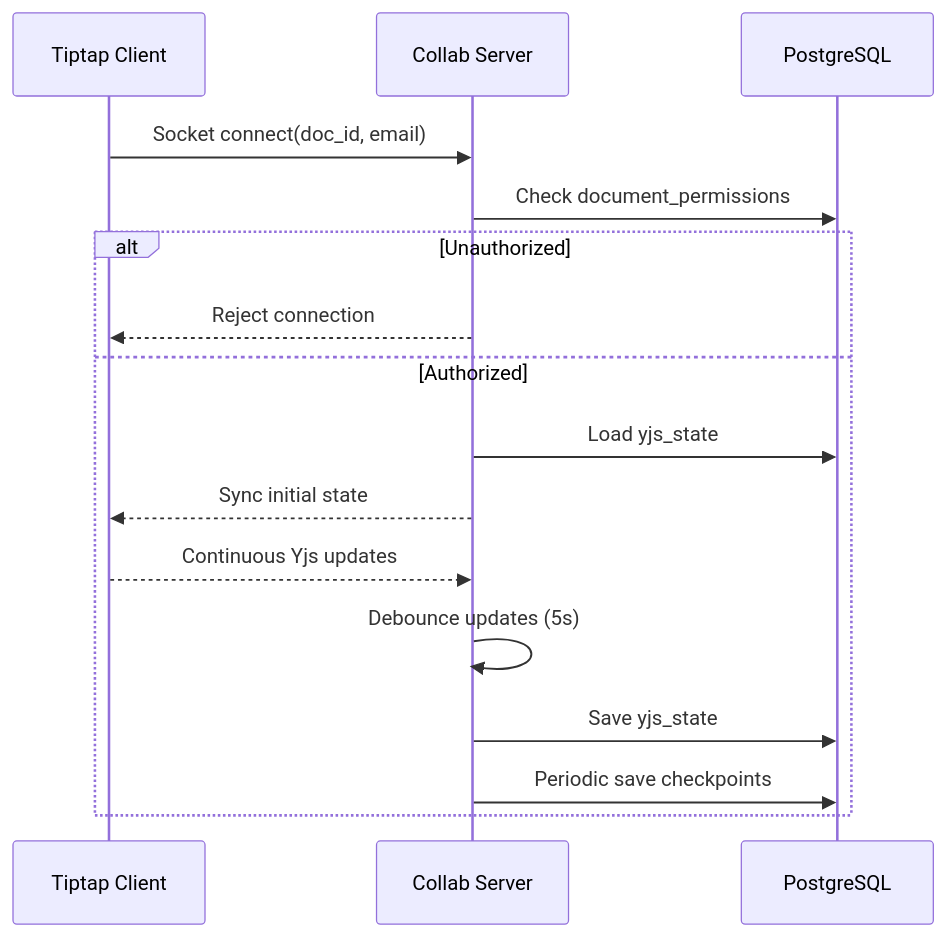
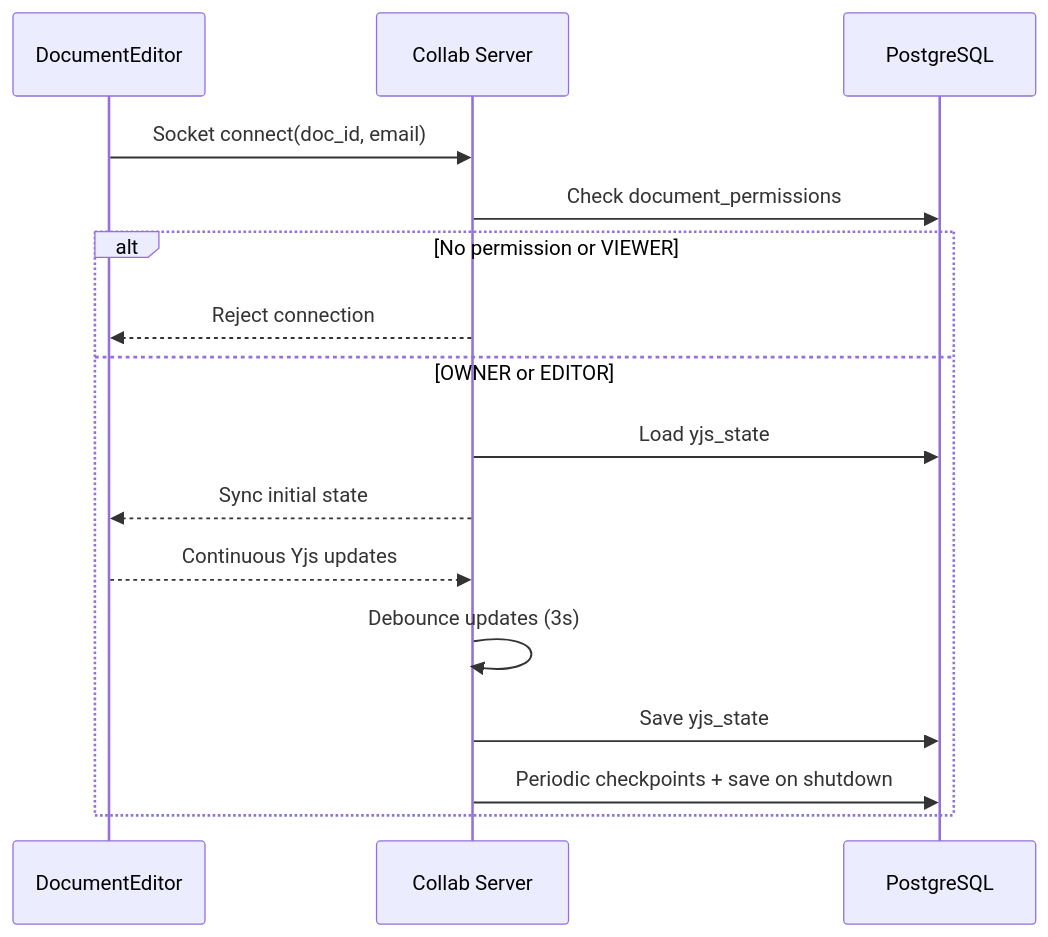
Before and after one commit to Namansingh3264/NexusEditor: the eighth of 9 diagrams in README.md, drawn with Mermaid. The commit also changed other lines of this file and 12 other files, not shown here.

````diff
--- a/README.md
+++ b/README.md
@@ -294,19 +316,19 @@
 ```mermaid
 sequenceDiagram
-    participant E as Tiptap Client
+    participant E as DocumentEditor
     participant W as Collab Server
     participant D as PostgreSQL
 
     E->>W: Socket connect(doc_id, email)
     W->>D: Check document_permissions
-    alt Unauthorized
+    alt No permission or VIEWER
         W-->>E: Reject connection
-    else Authorized
+    else OWNER or EDITOR
         W->>D: Load yjs_state
         W-->>E: Sync initial state
         E-->>W: Continuous Yjs updates
-        W->>W: Debounce updates (5s)
+        W->>W: Debounce updates (3s)
         W->>D: Save yjs_state
-        W->>D: Periodic save checkpoints
+        W->>D: Periodic checkpoints + save on shutdown
     end
 ```
````
